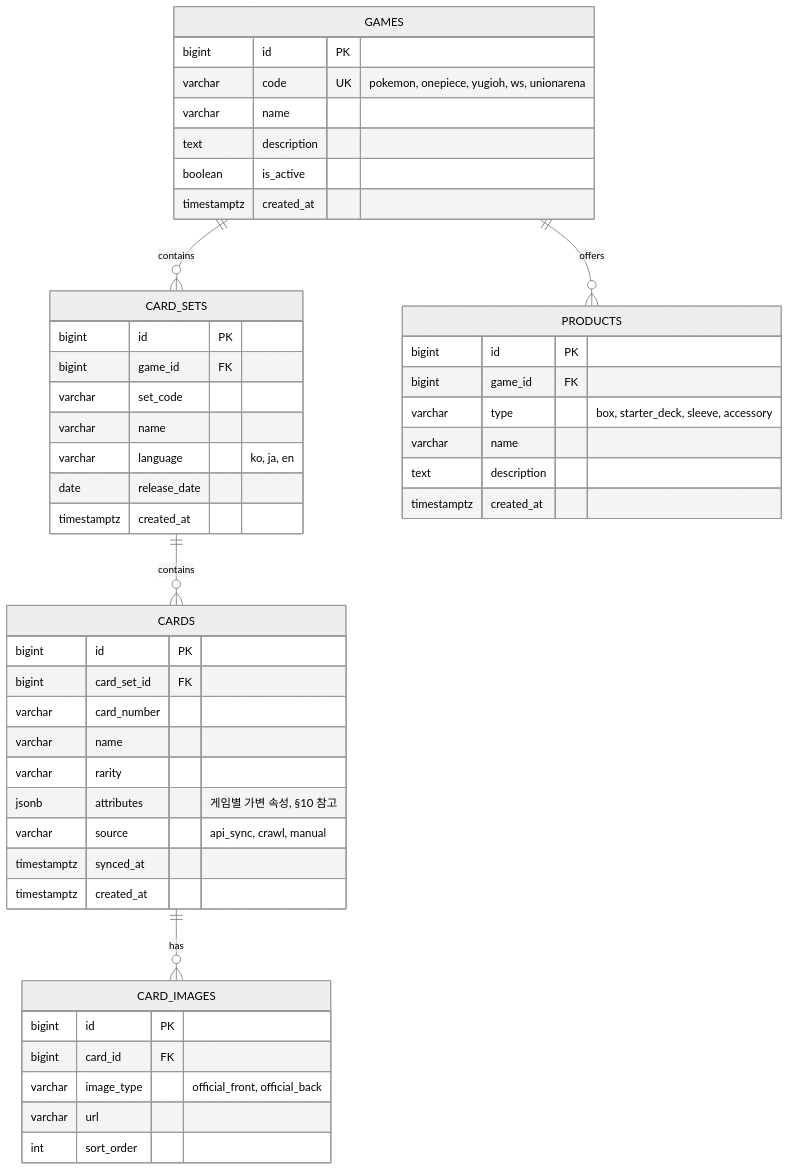
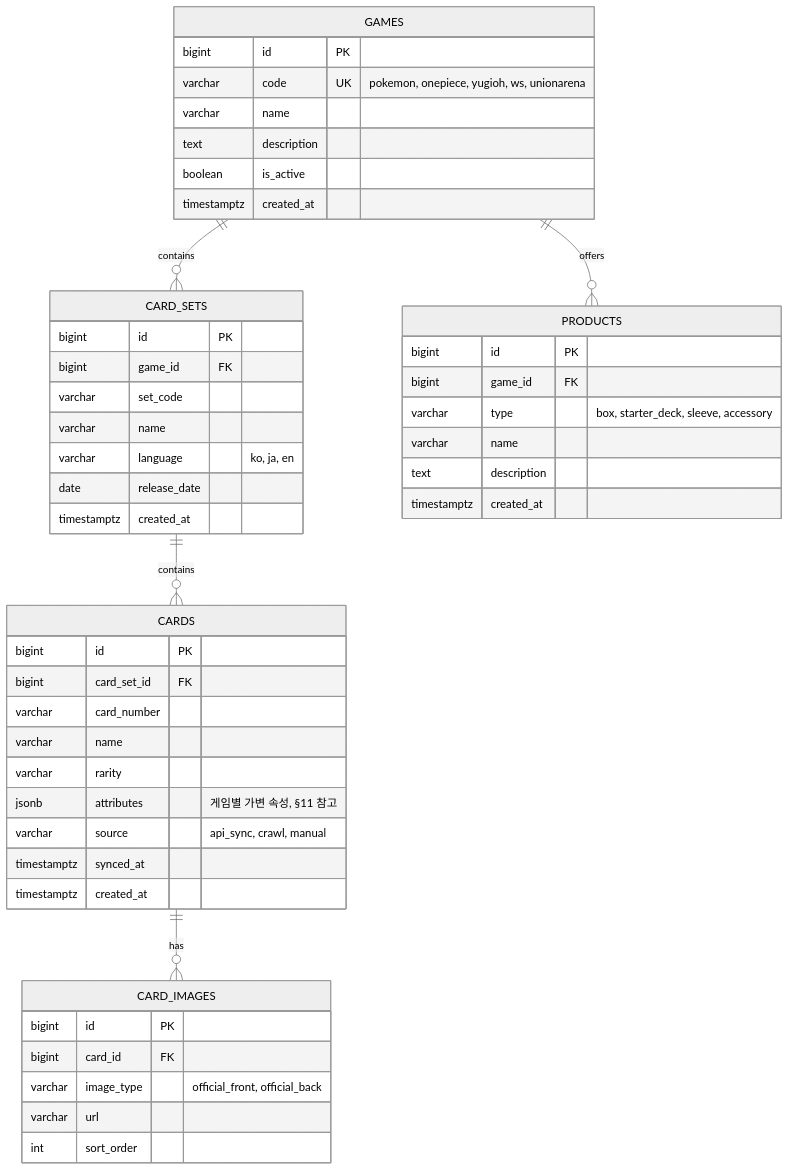
One commit to WinLakeLee/WinLakeLee changed the third of 10 diagrams in docs/ERD.md. Above: the diagram before and after it, drawn with Mermaid (neutral theme). The commit also changed other lines of this file and 1 other file, not shown here.

````diff
--- a/docs/ERD.md
+++ b/docs/ERD.md
@@ -113,55 +154,55 @@
 ```mermaid
 erDiagram
     GAMES ||--o{ CARD_SETS : contains
     CARD_SETS ||--o{ CARDS : contains
     CARDS ||--o{ CARD_IMAGES : has
     GAMES ||--o{ PRODUCTS : offers
 
     GAMES {
         bigint id PK
         varchar code UK "pokemon, onepiece, yugioh, ws, unionarena"
         varchar name
         text description
         boolean is_active
         timestamptz created_at
     }
 
     CARD_SETS {
         bigint id PK
         bigint game_id FK
         varchar set_code
         varchar name
         varchar language "ko, ja, en"
         date release_date
         timestamptz created_at
     }
 
     CARDS {
         bigint id PK
         bigint card_set_id FK
         varchar card_number
         varchar name
         varchar rarity
-        jsonb attributes "게임별 가변 속성, §10 참고"
+        jsonb attributes "게임별 가변 속성, §11 참고"
         varchar source "api_sync, crawl, manual"
         timestamptz synced_at
         timestamptz created_at
     }
 
     CARD_IMAGES {
         bigint id PK
         bigint card_id FK
         varchar image_type "official_front, official_back"
         varchar url
         int sort_order
     }
 
     PRODUCTS {
         bigint id PK
         bigint game_id FK
         varchar type "box, starter_deck, sleeve, accessory"
         varchar name
         text description
         timestamptz created_at
     }
 ```
````
